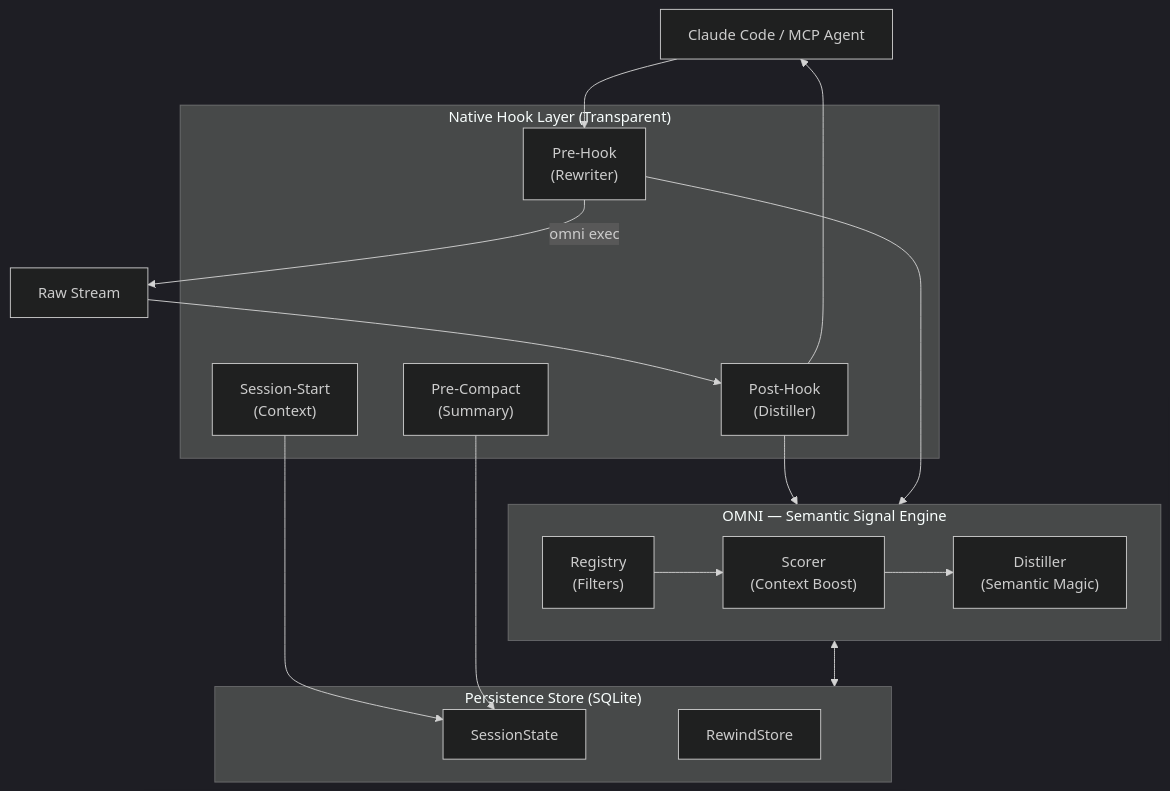
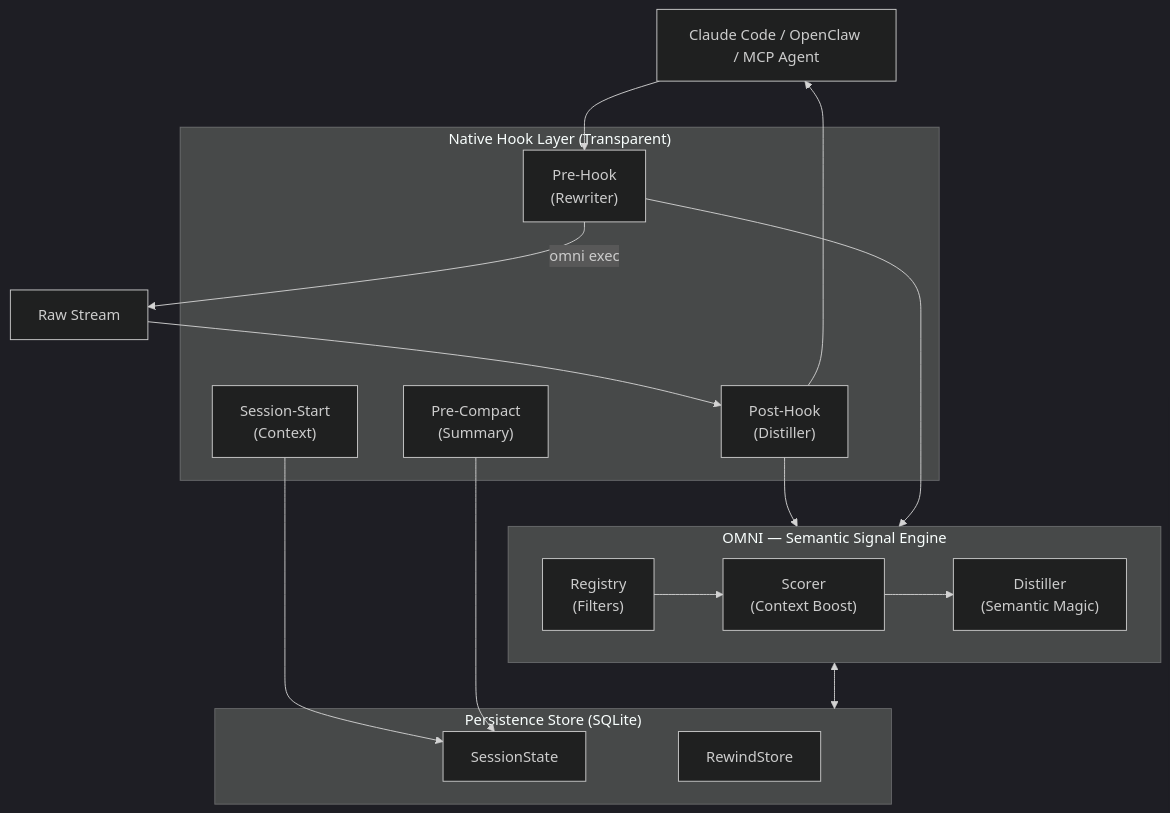
The diagram in README.md (fajarhide/omni), drawn with Mermaid (dark theme) before and after one commit. The commit also changed other lines of this file and 3 other files, not shown here.

Commit message:
feat: add OpenClaw integration plugin for token-efficient shell command execution and output retrieval

````diff
--- a/README.md
+++ b/README.md
@@ -67,36 +67,36 @@
 ```mermaid
 flowchart TB
-    Agent["Claude Code / MCP Agent"]
+    Agent["Claude Code / OpenClaw / MCP Agent"]
     
     subgraph Hooks["Native Hook Layer (Transparent)"]
         Pre["Pre-Hook\n(Rewriter)"]
         Post["Post-Hook\n(Distiller)"]
         Sess["Session-Start\n(Context)"]
         Comp["Pre-Compact\n(Summary)"]
     end
 
     Agent --> Pre
     Pre -->|"omni exec"| Output["Raw Stream"]
     Output --> Post
     Post --> Agent
 
     subgraph OMNI_Engine["OMNI — Semantic Signal Engine"]
         direction LR
         R["Registry\n(Filters)"]
         S["Scorer\n(Context Boost)"]
         D["Distiller\n(Semantic Magic)"]
         R --> S --> D
     end
 
     Post --> OMNI_Engine
     Pre --> OMNI_Engine
     
     subgraph Persistence["Persistence Store (SQLite)"]
         ST["SessionState"]
         RW["RewindStore"]
     end
 
     OMNI_Engine <--> Persistence
     Sess --> ST
     Comp --> ST
 ```
````
